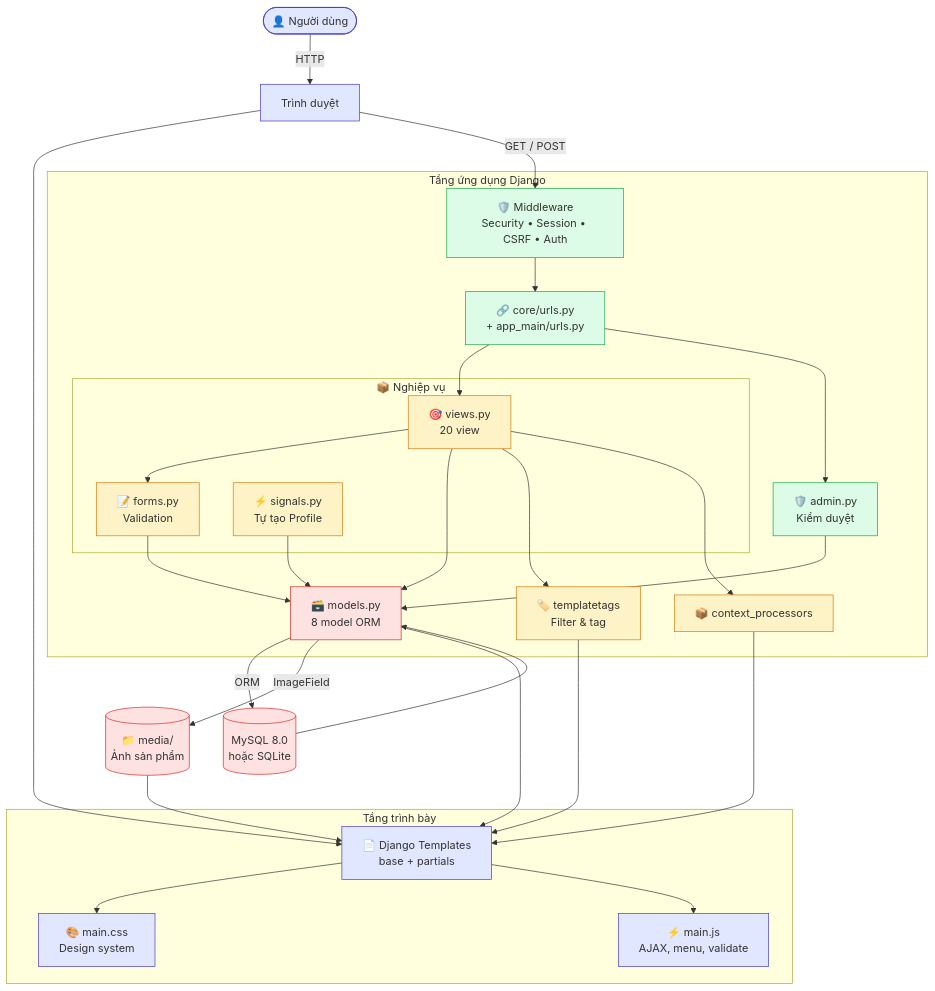
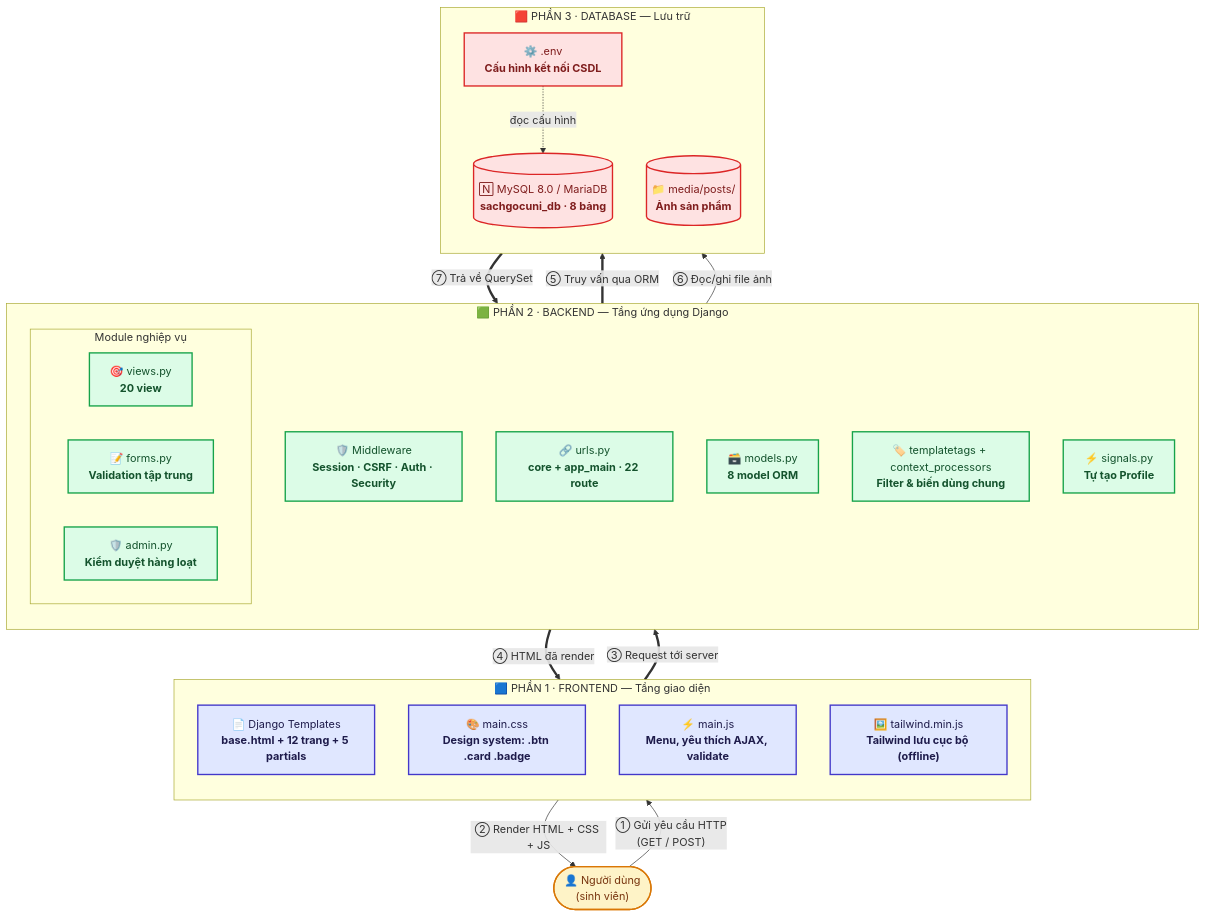
Before and after one commit to 24CT1-NGUYENVANHAO/congnghephanmen: the first of 3 diagrams in README.md, drawn with Mermaid. The commit also changed other lines of this file and 3 other files, not shown here.

First line of the commit message:
fix: tự động chuyển sang SQLite khi không kết nối được MySQL

````diff
--- a/README.md
+++ b/README.md
@@ -331,60 +401,58 @@
 ```mermaid
-graph TD
-    User([👤 Người dùng]) -->|HTTP| Browser[Trình duyệt]
+flowchart TD
+    User(["👤 Người dùng<br/>(sinh viên)"])
 
-    subgraph Client ["Tầng trình bày"]
-        Templates[📄 Django Templates<br/>base + partials]
-        CSS[🎨 main.css<br/>Design system]
-        JS[⚡ main.js<br/>AJAX, menu, validate]
+    subgraph FRONTEND ["🟦 PHẦN 1 · FRONTEND — Tầng giao diện"]
+        direction TB
+        T1["📄 Django Templates<br/><b>base.html + 12 trang + 5 partials</b>"]
+        T2["🎨 main.css<br/><b>Design system: .btn .card .badge</b>"]
+        T3["⚡ main.js<br/><b>Menu, yêu thích AJAX, validate</b>"]
+        T4["🖼️ tailwind.min.js<br/><b>Tailwind lưu cục bộ (offline)</b>"]
     end
 
-    Browser --> Templates
-    Templates --> CSS
-    Templates --> JS
+    subgraph BACKEND ["🟩 PHẦN 2 · BACKEND — Tầng ứng dụng Django"]
+        direction TB
+        B1["🛡️ Middleware<br/><b>Session · CSRF · Auth · Security</b>"]
+        B2["🔗 urls.py<br/><b>core + app_main · 22 route</b>"]
 
-    subgraph Server ["Tầng ứng dụng Django"]
-        Middleware[🛡️ Middleware<br/>Security • Session • CSRF • Auth]
-        URLs[🔗 core/urls.py<br/>+ app_main/urls.py]
-
-        subgraph Business ["📦 Nghiệp vụ"]
-            Views[🎯 views.py<br/>20 view]
-            Forms[📝 forms.py<br/>Validation]
-            Signals[⚡ signals.py<br/>Tự tạo Profile]
+        subgraph NGHIEPVU ["Module nghiệp vụ"]
+            direction LR
+            B3["🎯 views.py<br/><b>20 view</b>"]
+            B4["📝 forms.py<br/><b>Validation tập trung</b>"]
+            B5["🛡️ admin.py<br/><b>Kiểm duyệt hàng loạt</b>"]
         end
 
-        Admin[🛡️ admin.py<br/>Kiểm duyệt]
-        Models[🗃️ models.py<br/>8 model ORM]
-        Tags[🏷️ templatetags<br/>Filter & tag]
-        CtxProc[📦 context_processors]
+        B6["🗃️ models.py<br/><b>8 model ORM</b>"]
+        B7["🏷️ templatetags + context_processors<br/><b>Filter & biến dùng chung</b>"]
+        B8["⚡ signals.py<br/><b>Tự tạo Profile</b>"]
     end
 
-    Browser -->|GET / POST| Middleware
-    Middleware --> URLs
-    URLs --> Views
-    URLs --> Admin
-    Views --> Forms
-    Views --> Models
-    Views --> Tags
-    Views --> CtxProc
-    Admin --> Models
-    Forms --> Models
-    Signals --> Models
+    subgraph DATABASE ["🟥 PHẦN 3 · DATABASE — Lưu trữ"]
+        direction TB
+        D1[("🄽 MySQL 8.0 / MariaDB<br/><b>sachgocuni_db · 8 bảng</b>")]
+        D2[("📁 media/posts/<br/><b>Ảnh sản phẩm</b>")]
+        D3["⚙️ .env<br/><b>Cấu hình kết nối CSDL</b>"]
+    end
 
-    Models -->|ORM| DB[(MySQL 8.0<br/>hoặc SQLite)]
-    Models -->|ImageField| Media[(📁 media/<br/>Ảnh sản phẩm)]
+    User -->|"① Gửi yêu cầu HTTP<br/>(GET / POST)"| FRONTEND
+    FRONTEND -->|"② Render HTML + CSS + JS"| User
 
-    DB --> Models
-    Models --> Templates
-    Tags --> Templates
-    CtxProc --> Templates
-    Media --> Templates
+    FRONTEND ==>|"③ Request tới server"| BACKEND
+    BACKEND ==>|"④ HTML đã render"| FRONTEND
 
-    classDef client fill:#e0e7ff,stroke:#4338ca
-    classDef server fill:#dcfce7,stroke:#16a34a
-    classDef logic fill:#fef3c7,stroke:#d97706
-    classDef data fill:#fee2e2,stroke:#dc2626
-    class User,Browser,Templates,CSS,JS client
-    class Middleware,URLs,Admin server
-    class Views,Forms,Signals,Tags,CtxProc logic
-    class Models,DB,Media data
+    BACKEND ==>|"⑤ Truy vấn qua ORM"| D1
+    BACKEND -->|"⑥ Đọc/ghi file ảnh"| D2
+    D3 -.->|"đọc cấu hình"| D1
+
+    D1 ==>|"⑦ Trả về QuerySet"| BACKEND
+
+    classDef fe fill:#e0e7ff,stroke:#4338ca,stroke-width:2px,color:#1e1b4b
+    classDef be fill:#dcfce7,stroke:#16a34a,stroke-width:2px,color:#14532d
+    classDef db fill:#fee2e2,stroke:#dc2626,stroke-width:2px,color:#7f1d1d
+    classDef user fill:#fef3c7,stroke:#d97706,stroke-width:2px,color:#78350f
+
+    class T1,T2,T3,T4 fe
+    class B1,B2,B3,B4,B5,B6,B7,B8 be
+    class D1,D2,D3 db
+    class User user
 ```
````
